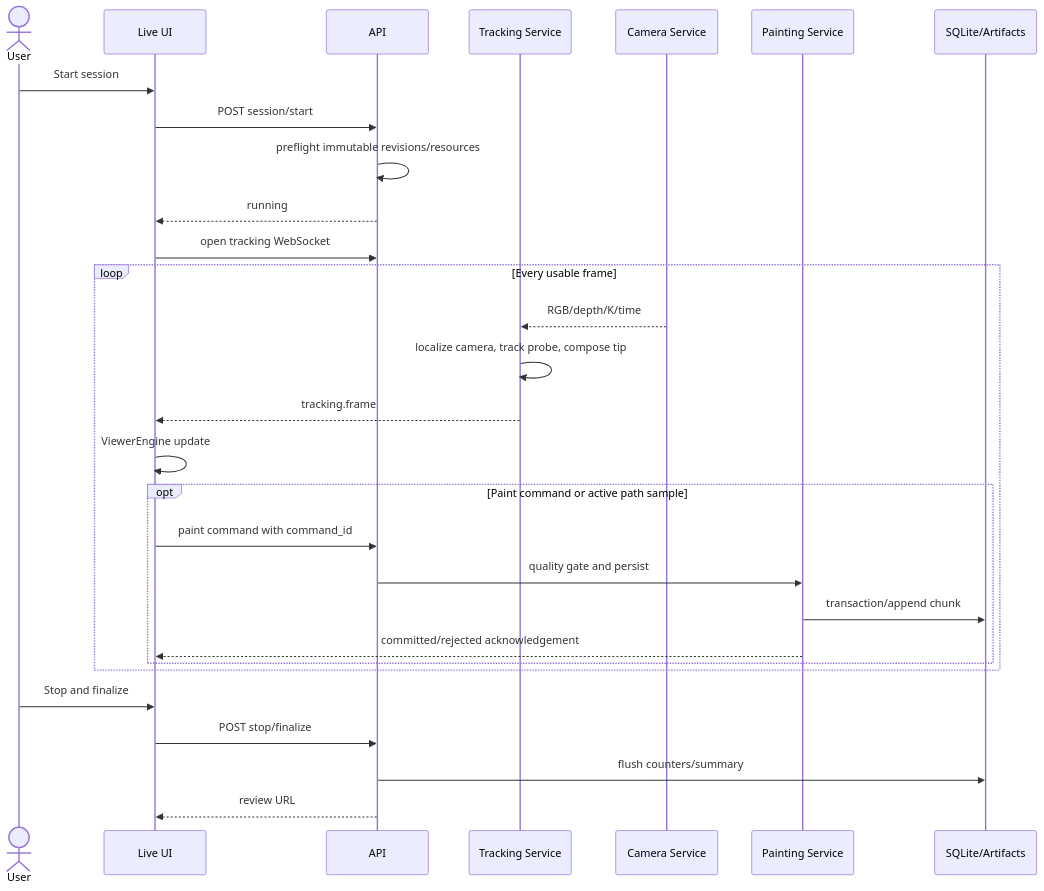
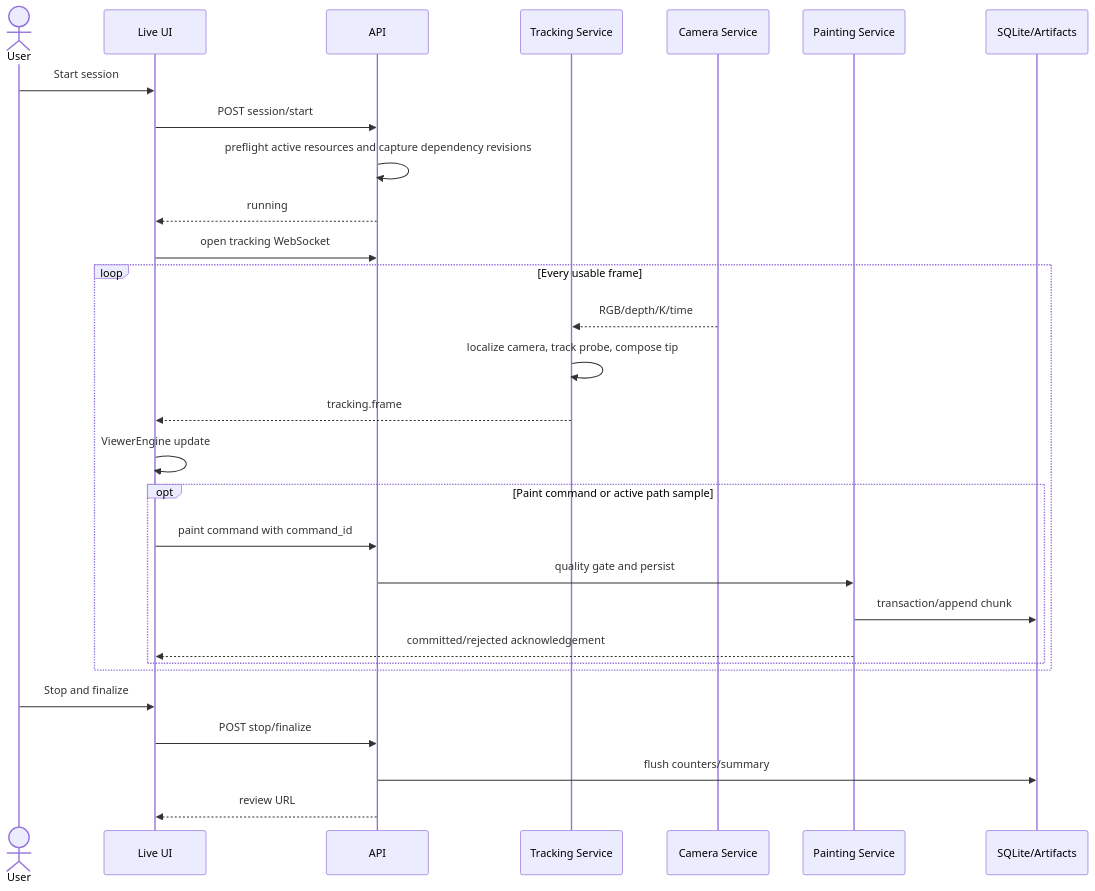
Before and after one commit to shefq/spatial-probe-atlas: the sixth of 7 diagrams in ARCHITECTURE.md, drawn with Mermaid. The commit also changed other lines of this file and 8 other files, not shown here.

Commit message:
new architecture docs

````diff
--- a/ARCHITECTURE.md
+++ b/ARCHITECTURE.md
@@ -995,31 +1023,31 @@
 ```mermaid
 sequenceDiagram
     actor U as User
     participant F as Live UI
     participant A as API
     participant T as Tracking Service
     participant C as Camera Service
     participant P as Painting Service
     participant D as SQLite/Artifacts
     U->>F: Start session
     F->>A: POST session/start
-    A->>A: preflight immutable revisions/resources
+    A->>A: preflight active resources and capture dependency revisions
     A-->>F: running
     F->>A: open tracking WebSocket
     loop Every usable frame
         C-->>T: RGB/depth/K/time
         T->>T: localize camera, track probe, compose tip
         T-->>F: tracking.frame
         F->>F: ViewerEngine update
         opt Paint command or active path sample
             F->>A: paint command with command_id
             A->>P: quality gate and persist
             P->>D: transaction/append chunk
             P-->>F: committed/rejected acknowledgement
         end
     end
     U->>F: Stop and finalize
     F->>A: POST stop/finalize
     A->>D: flush counters/summary
     A-->>F: review URL
 ```
````
